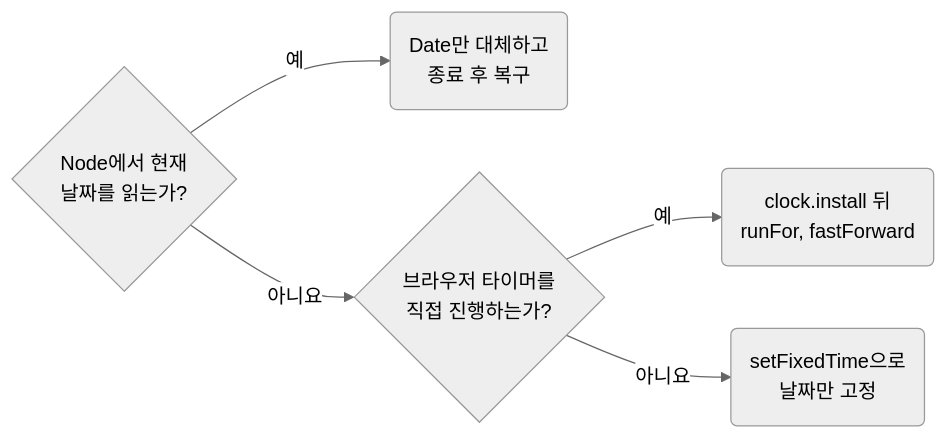
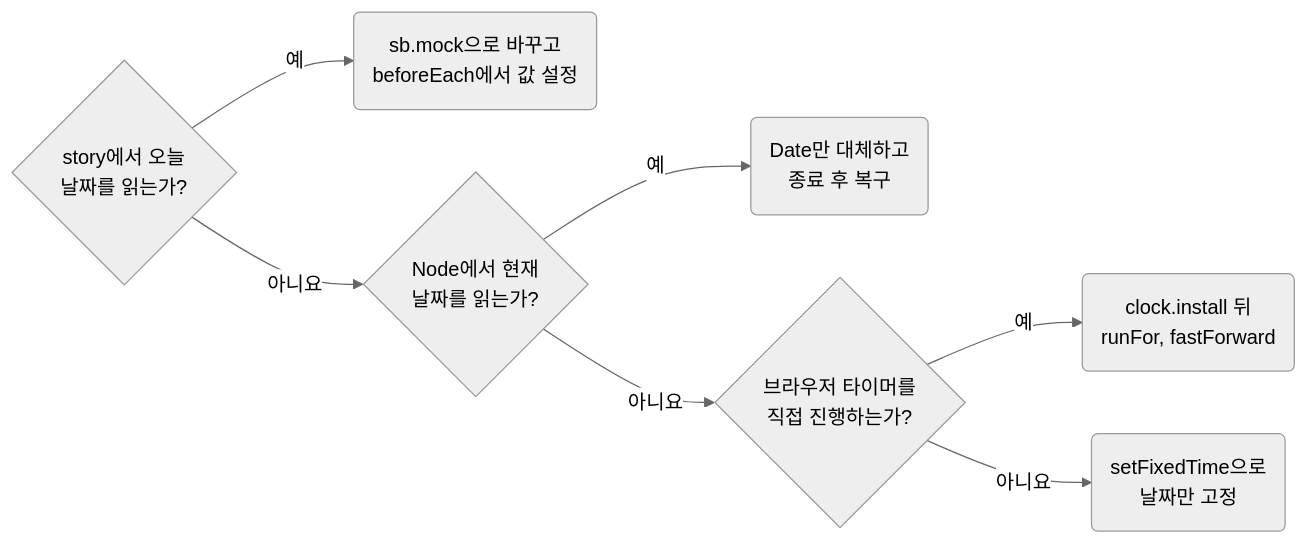
Before and after one commit to nomeehej/agent-conventions: the diagram in skill/testing/rules/03-02-data-control-time-randomness-and-environment.md, drawn with Mermaid (neutral theme). The commit also changed other lines of this file and 33 other files, not shown here.

````diff
--- a/skill/testing/rules/03-02-data-control-time-randomness-and-environment.md
+++ b/skill/testing/rules/03-02-data-control-time-randomness-and-environment.md
@@ -23,6 +23,7 @@
 ```mermaid
 flowchart LR
-	q1{"Node에서 현재<br>날짜를 읽는가?"} -- 예 --> r1("Date만 대체하고<br>종료 후 복구")
+	q0{"story에서 오늘<br>날짜를 읽는가?"} -- 예 --> r0("sb.mock으로 바꾸고<br>beforeEach에서 값 설정")
+	q0 -- 아니요 --> q1{"Node에서 현재<br>날짜를 읽는가?"} -- 예 --> r1("Date만 대체하고<br>종료 후 복구")
 	q1 -- 아니요 --> q2{"브라우저 타이머를<br>직접 진행하는가?"} -- 예 --> r2("clock.install 뒤<br>runFor, fastForward")
 	q2 -- 아니요 --> r3("setFixedTime으로<br>날짜만 고정")
 ```
````
